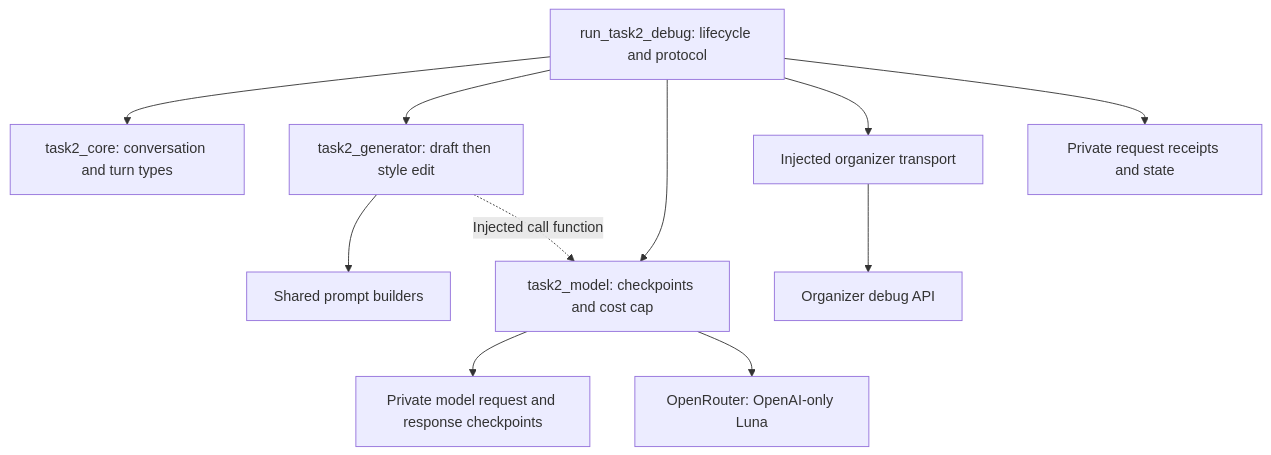
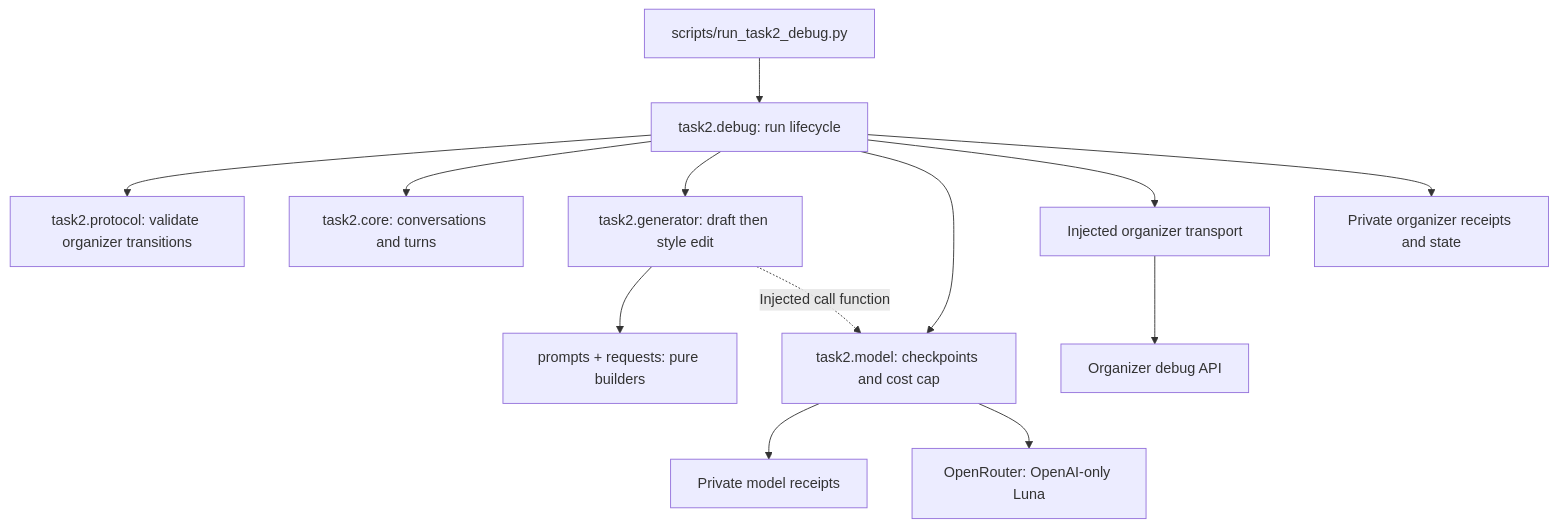
The third of 4 diagrams in docs/task2_architecture.md (npatta01/trec-usersim-2026), drawn with Mermaid before and after one commit. The commit also changed other lines of this file and 35 other files, not shown here.

````diff
--- a/docs/task2_architecture.md
+++ b/docs/task2_architecture.md
@@ -69,13 +87,15 @@
 ```mermaid
 flowchart TD
-    R[run_task2_debug: lifecycle and protocol] --> C[task2_core: conversation and turn types]
-    R --> G[task2_generator: draft then style edit]
-    G --> P[Shared prompt builders]
-    R --> K[task2_model: checkpoints and cost cap]
+    CLI[scripts/run_task2_debug.py] --> R[task2.debug: run lifecycle]
+    R --> V[task2.protocol: validate organizer transitions]
+    R --> C[task2.core: conversations and turns]
+    R --> G[task2.generator: draft then style edit]
+    G --> P[prompts + requests: pure builders]
+    R --> K[task2.model: checkpoints and cost cap]
     G -. Injected call function .-> K
-    K --> MC[Private model request and response checkpoints]
+    K --> MC[Private model receipts]
     K --> O[OpenRouter: OpenAI-only Luna]
     R --> T[Injected organizer transport]
     T --> A[Organizer debug API]
-    R --> S[Private request receipts and state]
+    R --> S[Private organizer receipts and state]
 ```
````
